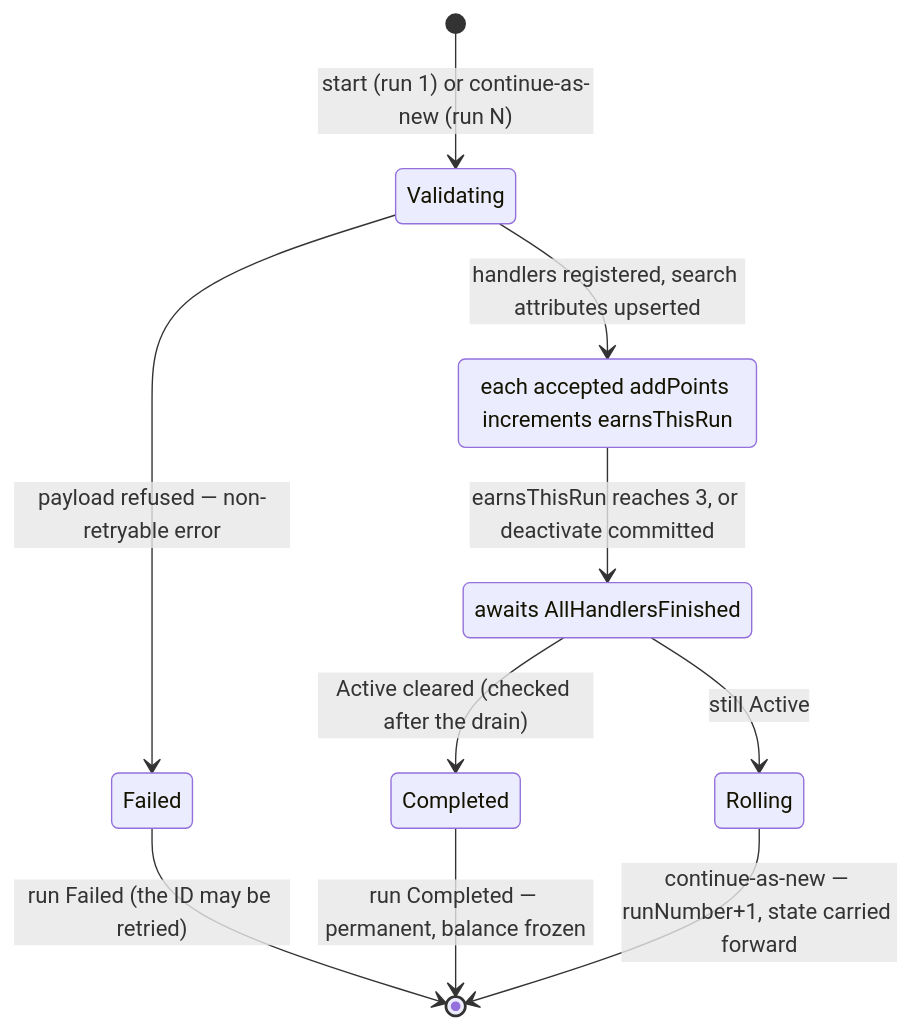
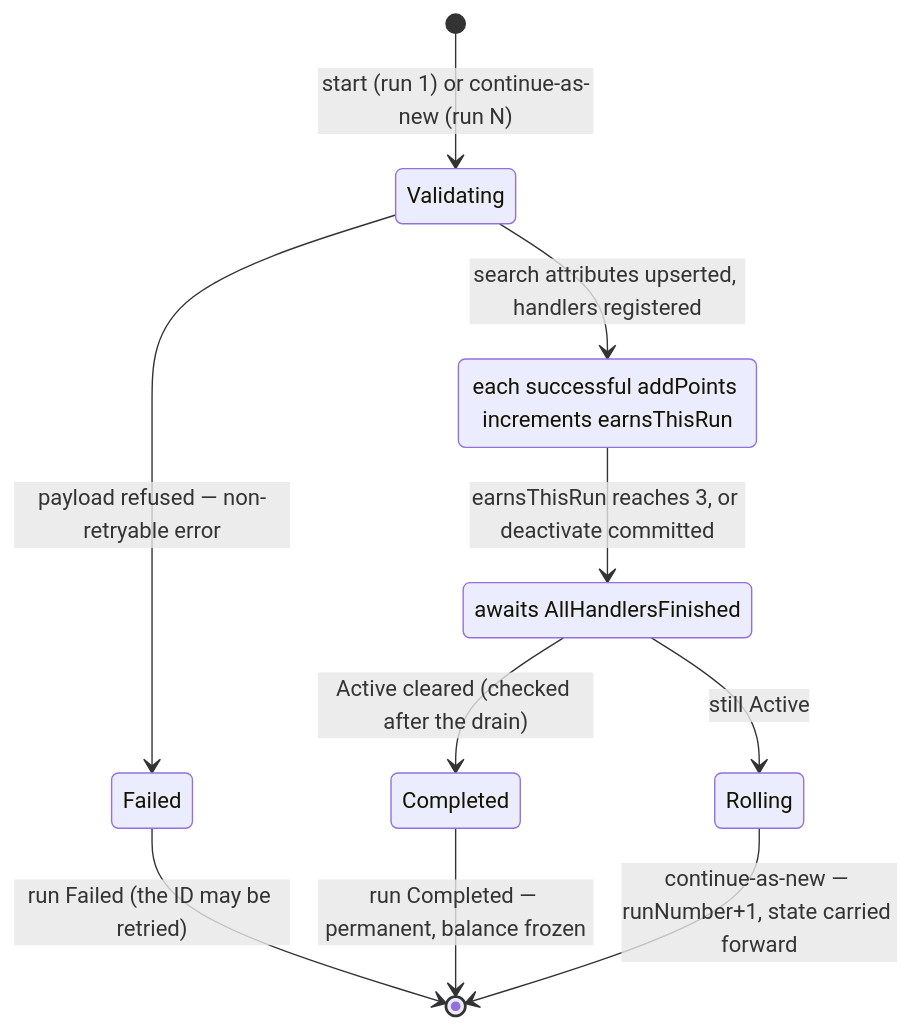
Before and after one commit to anthonywittig/rewards-poc: the second of 4 diagrams in docs/architecture.md, drawn with Mermaid. The commit also changed other lines of this file and 1 other file, not shown here.

````diff
--- a/docs/architecture.md
+++ b/docs/architecture.md
@@ -53,17 +53,17 @@
 ```mermaid
 stateDiagram-v2
     [*] --> Validating : start (run 1) or continue-as-new (run N)
     Validating --> Failed : payload refused — non-retryable error
     Failed --> [*] : run Failed (the ID may be retried)
 
-    Validating --> Accepting : handlers registered, search attributes upserted
-    Accepting : each accepted addPoints increments earnsThisRun
+    Validating --> Accepting : search attributes upserted, handlers registered
+    Accepting : each successful addPoints increments earnsThisRun
     Accepting --> Draining : earnsThisRun reaches 3, or deactivate committed
     Draining : awaits AllHandlersFinished
 
     Draining --> Completed : Active cleared (checked after the drain)
     Completed --> [*] : run Completed — permanent, balance frozen
 
     Draining --> Rolling : still Active
     Rolling --> [*] : continue-as-new — runNumber+1, state carried forward
 ```
````
